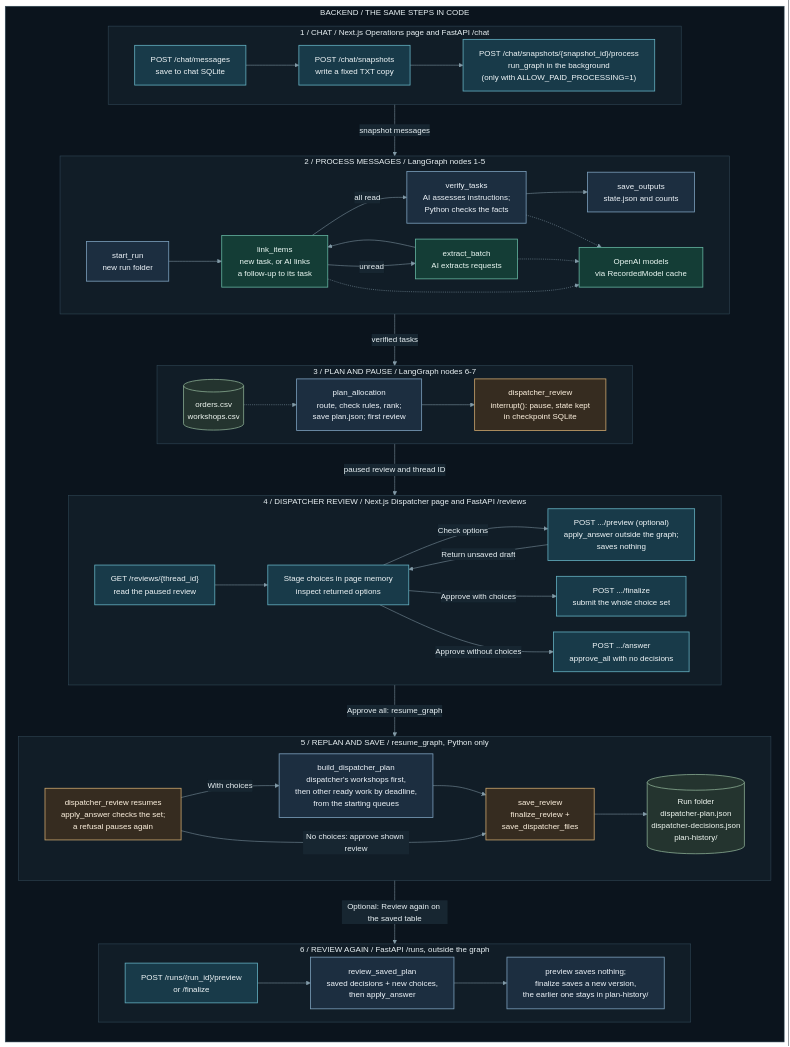
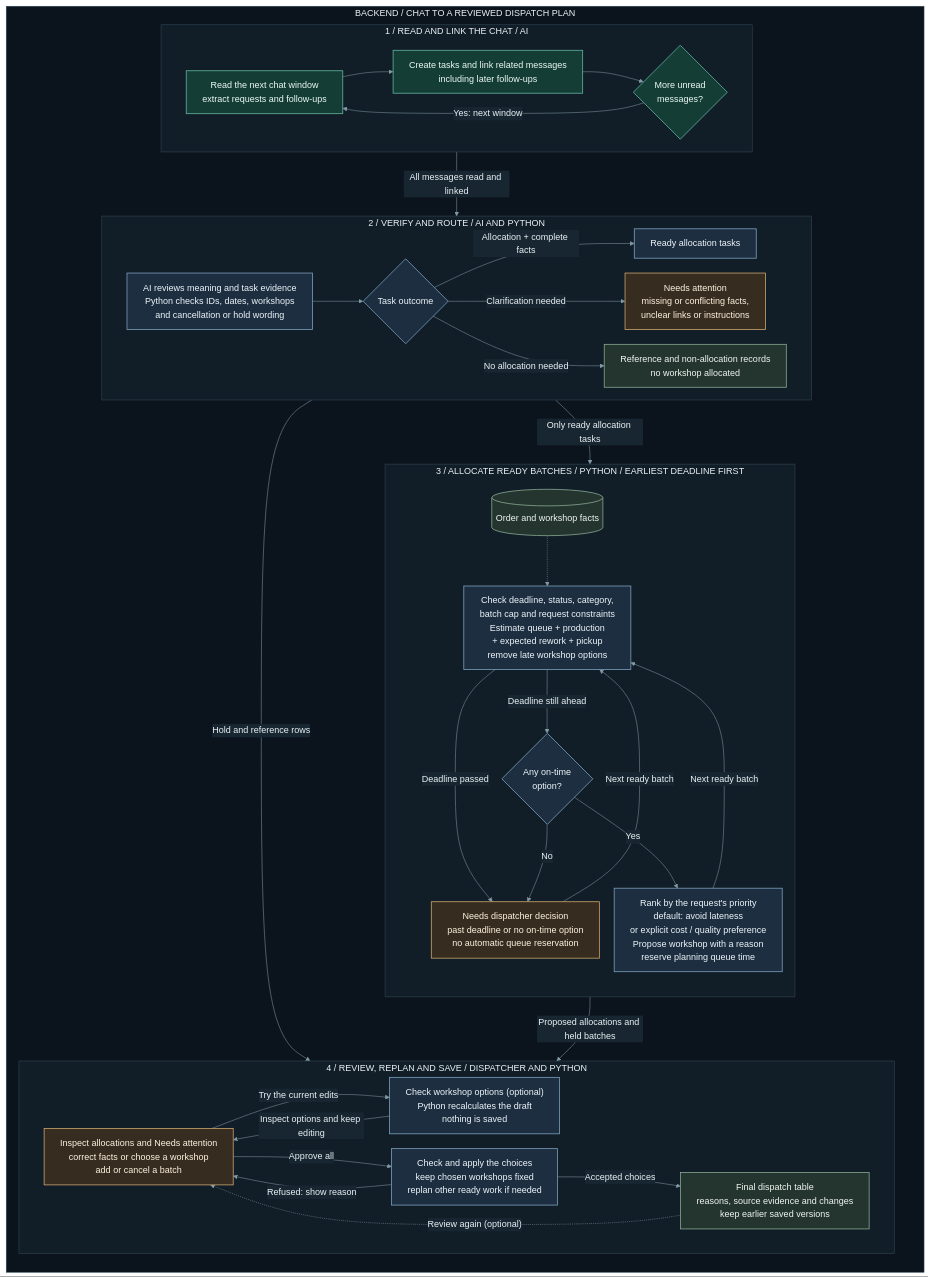
Before and after one commit to adityaviolin824/AI-Assisted-Factory-Dispatcher: the second of 2 diagrams in README.md, drawn with Mermaid. The commit also changed other lines of this file and 3 other files, not shown here.

Commit message:
Backend diagram updated

````diff
--- a/README.md
+++ b/README.md
@@ -139,12 +140,13 @@
 ```mermaid
 ---
 config:
+  layout: dagre
   theme: base
   look: classic
   markdownAutoWrap: false
   themeVariables:
     fontFamily: system-ui, sans-serif
-    fontSize: 15px
+    fontSize: 17px
     primaryTextColor: "#EAF2F5"
     textColor: "#EAF2F5"
     lineColor: "#839BA8"
@@ -155,86 +157,71 @@
   flowchart:
     curve: basis
     wrappingWidth: 320
-    nodeSpacing: 30
-    rankSpacing: 50
+    nodeSpacing: 28
+    rankSpacing: 45
 ---
 flowchart TB
-    subgraph BACKEND["BACKEND / THE SAME STEPS IN CODE"]
+    subgraph BACKEND["BACKEND / CHAT TO A REVIEWED DISPATCH PLAN"]
         direction TB
 
-        subgraph B1["1 / CHAT / Next.js Operations page and FastAPI /chat"]
+        subgraph B1["1 / READ AND LINK THE CHAT / AI"]
             direction LR
-            MSG["POST /chat/messages<br/>save to chat SQLite"]:::screen
-            SNAP["POST /chat/snapshots<br/>write a fixed TXT copy"]:::screen
-            RUN["POST /chat/snapshots/{snapshot_id}/process<br/>run_graph in the background<br/>(only with ALLOW_PAID_PROCESSING=1)"]:::screen
-            MSG --> SNAP --> RUN
+            EXTRACT["Read the next chat window<br/>extract requests and follow-ups"]:::ai
+            LINK["Create tasks and link related messages<br/>including later follow-ups"]:::ai
+            MORE{"More unread<br/>messages?"}:::ai
+            EXTRACT --> LINK --> MORE
+            MORE -- "Yes: next window" --> EXTRACT
         end
 
-        subgraph B2["2 / PROCESS MESSAGES / LangGraph nodes 1-5"]
+        subgraph B2["2 / VERIFY AND ROUTE / AI AND PYTHON"]
             direction LR
-            START["start_run<br/>new run folder"]:::logic
-            LINK["link_items<br/>new task, or AI links<br/>a follow-up to its task"]:::ai
-            EXTRACT["extract_batch<br/>AI extracts requests"]:::ai
-            VERIFY["verify_tasks<br/>AI assesses instructions;<br/>Python checks the facts"]:::logic
-            SAVEOUT["save_outputs<br/>state.json and counts"]:::logic
-            MODEL["OpenAI models<br/>via RecordedModel cache"]:::ai
-            START --> LINK
-            LINK -- "unread" --> EXTRACT
-            EXTRACT --> LINK
-            LINK -- "all read" --> VERIFY --> SAVEOUT
-            LINK -.-> MODEL
-            EXTRACT -.-> MODEL
-            VERIFY -.-> MODEL
+            VERIFY["AI reviews meaning and task evidence<br/>Python checks IDs, dates, workshops<br/>and cancellation or hold wording"]:::logic
+            ROUTE{"Task outcome"}:::logic
+            READY["Ready allocation tasks"]:::logic
+            UNCLEAR["Needs attention<br/>missing or conflicting facts,<br/>unclear links or instructions"]:::human
+            RECORD["Reference and non-allocation records<br/>no workshop allocated"]:::data
+            VERIFY --> ROUTE
+            ROUTE -- "Allocation + complete facts" --> READY
+            ROUTE -- "Clarification needed" --> UNCLEAR
+            ROUTE -- "No allocation needed" --> RECORD
         end
 
-        subgraph B3["3 / PLAN AND PAUSE / LangGraph nodes 6-7"]
-            direction LR
-            CSV[("orders.csv<br/>workshops.csv")]:::data
-            PLAN["plan_allocation<br/>route, check rules, rank;<br/>save plan.json; first review"]:::logic
-            PAUSE["dispatcher_review<br/>interrupt(): pause, state kept<br/>in checkpoint SQLite"]:::human
-            CSV -.-> PLAN --> PAUSE
+        subgraph B3["3 / ALLOCATE READY BATCHES / PYTHON / EARLIEST DEADLINE FIRST"]
+            direction TB
+            FACTS[("Order and workshop facts")]:::data
+            RULES["Check deadline, status, category,<br/>batch cap and request constraints<br/>Estimate queue + production<br/>+ expected rework + pickup<br/>remove late workshop options"]:::logic
+            OPTIONS{"Any on-time<br/>option?"}:::logic
+            PROPOSE["Rank by the request's priority<br/>default: avoid lateness<br/>or explicit cost / quality preference<br/>Propose workshop with a reason<br/>reserve planning queue time"]:::logic
+            HOLD["Needs dispatcher decision<br/>past deadline or no on-time option<br/>no automatic queue reservation"]:::human
+            FACTS -.-> RULES
+            RULES -- "Deadline still ahead" --> OPTIONS
+            RULES -- "Deadline passed" --> HOLD
+            OPTIONS -- "Yes" --> PROPOSE
+            OPTIONS -- "No" --> HOLD
+            PROPOSE -- "Next ready batch" --> RULES
+            HOLD -- "Next ready batch" --> RULES
         end
 
-        subgraph B4["4 / DISPATCHER REVIEW / Next.js Dispatcher page and FastAPI /reviews"]
+        subgraph B4["4 / REVIEW, REPLAN AND SAVE / DISPATCHER AND PYTHON"]
             direction LR
-            READ["GET /reviews/{thread_id}<br/>read the paused review"]:::screen
-            LOCAL["Stage choices in page memory<br/>inspect returned options"]:::screen
-            PREVIEW["POST .../preview (optional)<br/>apply_answer outside the graph;<br/>saves nothing"]:::screen
-            FINAL["POST .../finalize<br/>submit the whole choice set"]:::screen
-            UNCHANGED["POST .../answer<br/>approve_all with no decisions"]:::screen
-            READ --> LOCAL
-            LOCAL -- "Check options" --> PREVIEW
-            PREVIEW -- "Return unsaved draft" --> LOCAL
-            LOCAL -- "Approve with choices" --> FINAL
-            LOCAL -- "Approve without choices" --> UNCHANGED
+            REVIEW["Inspect allocations and Needs attention<br/>correct facts or choose a workshop<br/>add or cancel a batch"]:::human
+            PREVIEW["Check workshop options (optional)<br/>Python recalculates the draft<br/>nothing is saved"]:::logic
+            APPLY["Check and apply the choices<br/>keep chosen workshops fixed<br/>replan other ready work if needed"]:::logic
+            SAVE["Final dispatch table<br/>reasons, source evidence and changes<br/>keep earlier saved versions"]:::data
+            REVIEW -- "Try the current edits" --> PREVIEW
+            PREVIEW -- "Inspect options and keep editing" --> REVIEW
+            REVIEW -- "Approve all" --> APPLY
+            APPLY -- "Accepted choices" --> SAVE
+            APPLY -- "Refused: show reason" --> REVIEW
+            SAVE -. "Review again (optional)" .-> REVIEW
         end
 
-        subgraph B5["5 / REPLAN AND SAVE / resume_graph, Python only"]
-            direction LR
-            APPLY["dispatcher_review resumes<br/>apply_answer checks the set;<br/>a refusal pauses again"]:::human
-            BUILD["build_dispatcher_plan<br/>dispatcher's workshops first,<br/>then other ready work by deadline,<br/>from the starting queues"]:::logic
-            SAVE["save_review<br/>finalize_review +<br/>save_dispatcher_files"]:::human
-            FILES[("Run folder<br/>dispatcher-plan.json<br/>dispatcher-decisions.json<br/>plan-history/")]:::data
-            APPLY -- "With choices" --> BUILD --> SAVE --> FILES
-            APPLY -- "No choices: approve shown review" --> SAVE
-        end
-
-        subgraph B6["6 / REVIEW AGAIN / FastAPI /runs, outside the graph"]
-            direction LR
-            AGAIN["POST /runs/{run_id}/preview<br/>or /finalize"]:::screen
-            SAVED["review_saved_plan<br/>saved decisions + new choices,<br/>then apply_answer"]:::logic
-            VERSION["preview saves nothing;<br/>finalize saves a new version,<br/>the earlier one stays in plan-history/"]:::logic
-            AGAIN --> SAVED --> VERSION
-        end
-
-        B1 -- "snapshot messages" --> B2
-        B2 -- "verified tasks" --> B3
-        B3 -- "paused review and thread ID" --> B4
-        B4 -- "Approve all: resume_graph" --> B5
-        B5 -- "Optional: Review again on the saved table" --> B6
+        B1 -- "All messages read and linked" --> B2
+        B2 -- "Only ready allocation tasks" --> B3
+        B2 -- "Hold and reference rows" --> B4
+        B3 -- "Proposed allocations and held batches" --> B4
     end
 
-    classDef screen fill:#183A49,stroke:#63AFC0,color:#F1F7F9,stroke-width:1.5px
     classDef ai fill:#143D36,stroke:#64B39F,color:#EDFAF5,stroke-width:1.5px
     classDef logic fill:#1C2E40,stroke:#7B9FBC,color:#EFF5FA,stroke-width:1.5px
     classDef human fill:#362C20,stroke:#CBA56D,color:#FFF3E0,stroke-width:1.5px
````
